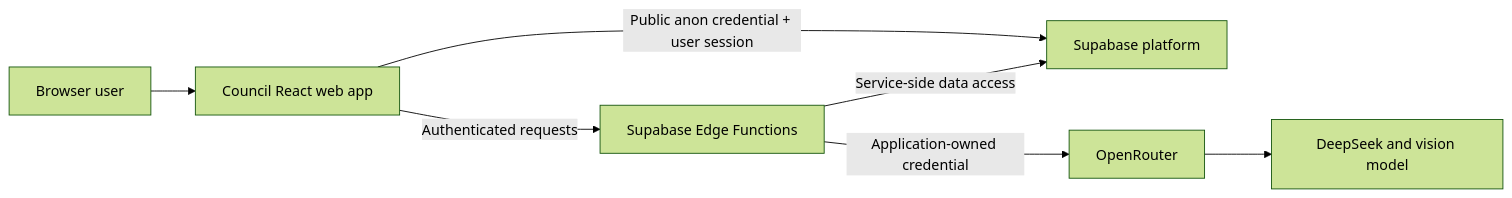
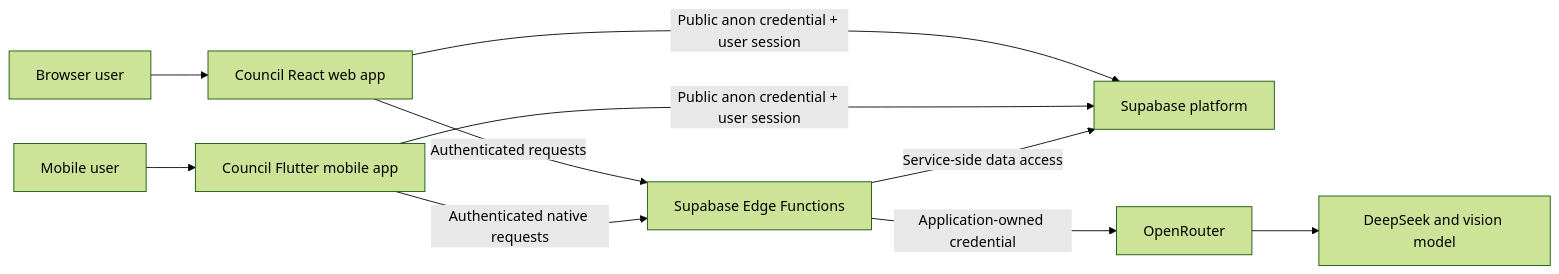
One commit to uluutku/council changed the first of 5 diagrams in docs/ARCHITECTURE.md. Above: the diagram before and after it, drawn with Mermaid (forest theme). The commit also changed other lines of this file and 102 other files, not shown here.

Commit message:
feat: add full Flutter mobile application

````diff
--- a/docs/ARCHITECTURE.md
+++ b/docs/ARCHITECTURE.md
@@ -5,16 +5,21 @@
 ```mermaid
 flowchart LR
   User[Browser user]
+  MobileUser[Mobile user]
   Web[Council React web app]
+  Mobile[Council Flutter mobile app]
   Supabase[Supabase platform]
   Edge[Supabase Edge Functions]
   OpenRouter[OpenRouter]
   Models[DeepSeek and vision model]
 
   User --> Web
+  MobileUser --> Mobile
   Web -->|Public anon credential + user session| Supabase
+  Mobile -->|Public anon credential + user session| Supabase
   Web -->|Authenticated requests| Edge
+  Mobile -->|Authenticated native requests| Edge
   Edge -->|Service-side data access| Supabase
   Edge -->|Application-owned credential| OpenRouter
   OpenRouter --> Models
 ```
````
